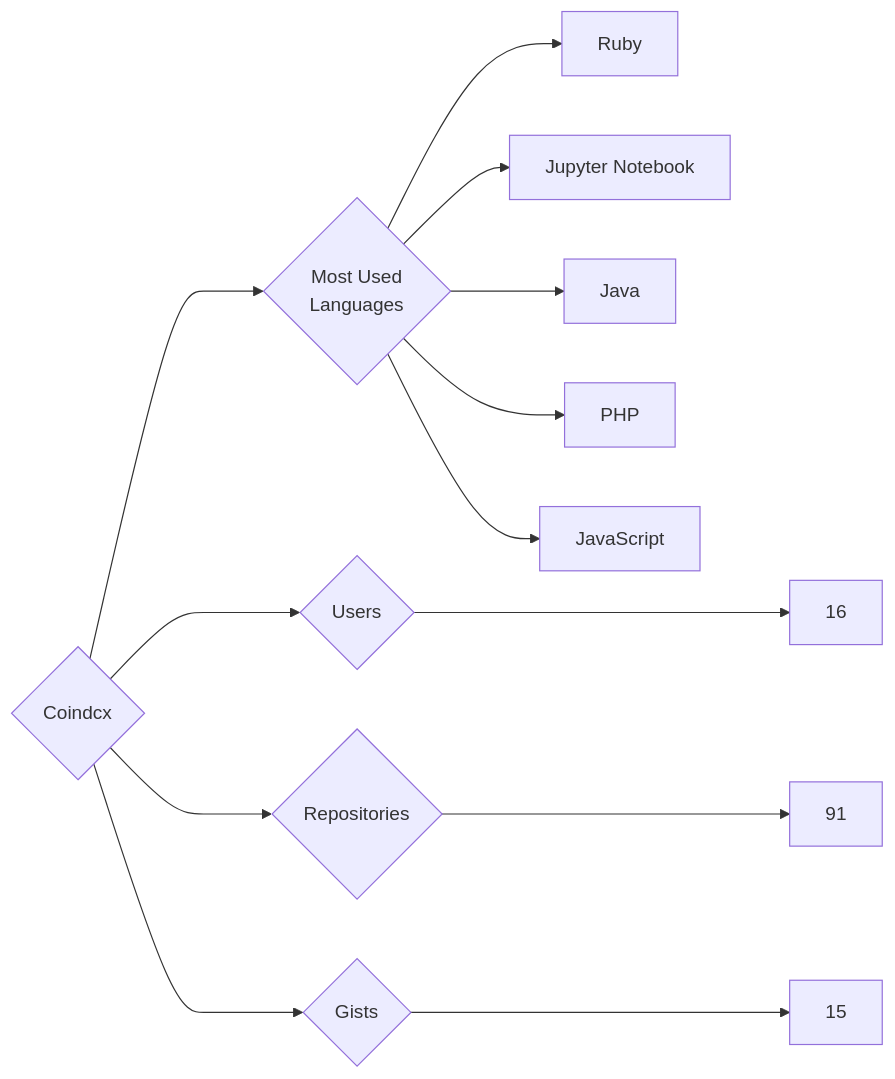
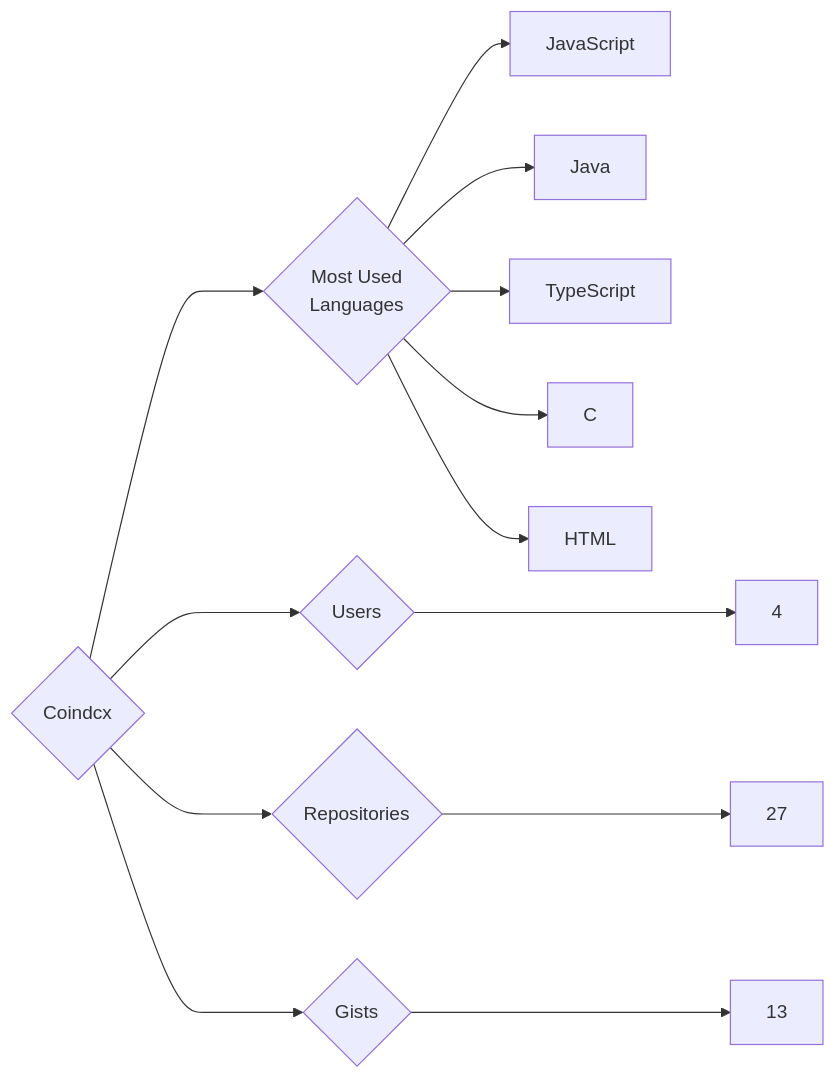
Before and after one commit to trickest/insiders: the diagram in targets/Coindcx/README.md, drawn with Mermaid. The commit also changed 951 other files, not shown here.

````diff
--- a/targets/Coindcx/README.md
+++ b/targets/Coindcx/README.md
@@ -3,13 +3,13 @@
 ```mermaid
 graph LR
 COMPANY_NAME{Coindcx}
-COMPANY_NAME ---> U{Users} ---> UN[16]
-COMPANY_NAME ---> R{Repositories} ---> RN[91]
-COMPANY_NAME ---> G{Gists} ---> GN[15]
+COMPANY_NAME ---> U{Users} ---> UN[4]
+COMPANY_NAME ---> R{Repositories} ---> RN[27]
+COMPANY_NAME ---> G{Gists} ---> GN[13]
 COMPANY_NAME ---> ML{Most Used<br>Languages}
-ML --> Ruby[Ruby]
-ML --> Jupyter_Notebook[Jupyter Notebook]
+ML --> JavaScript[JavaScript]
 ML --> Java[Java]
-ML --> PHP[PHP]
-ML --> JavaScript[JavaScript]
+ML --> TypeScript[TypeScript]
+ML --> C[C]
+ML --> HTML[HTML]
 ```
````
